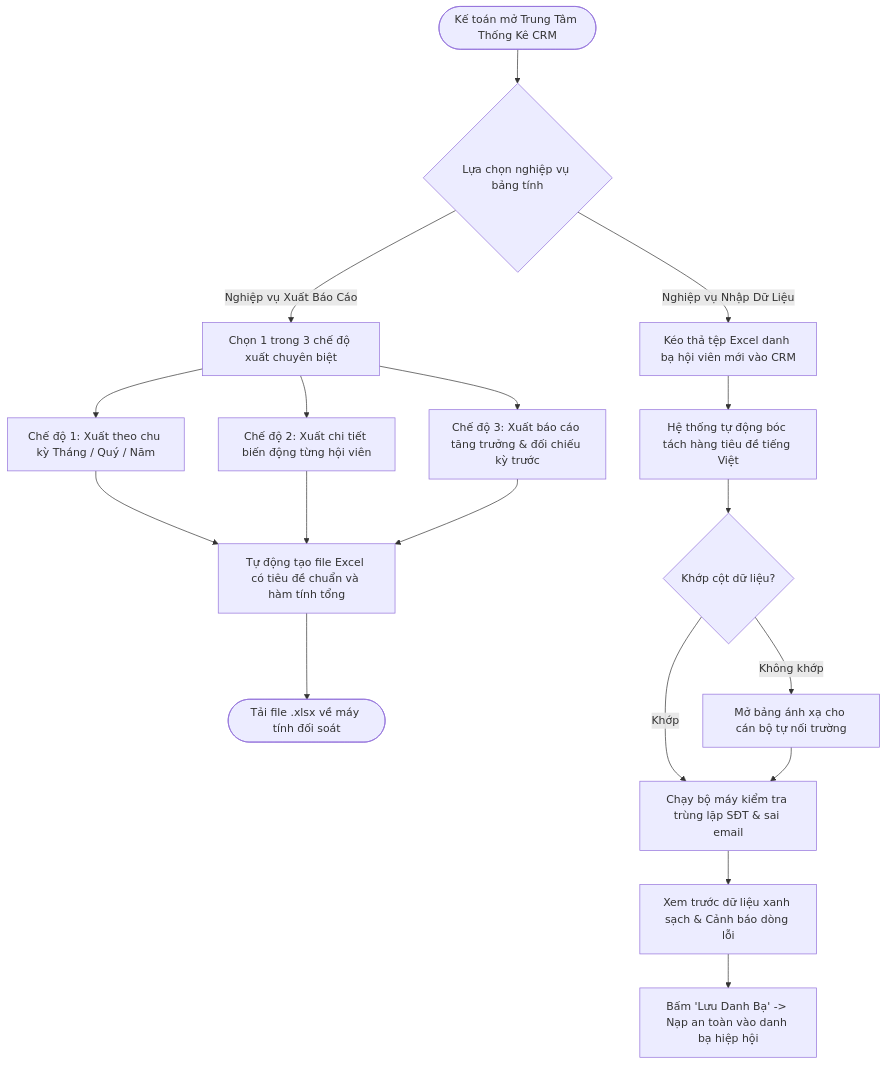
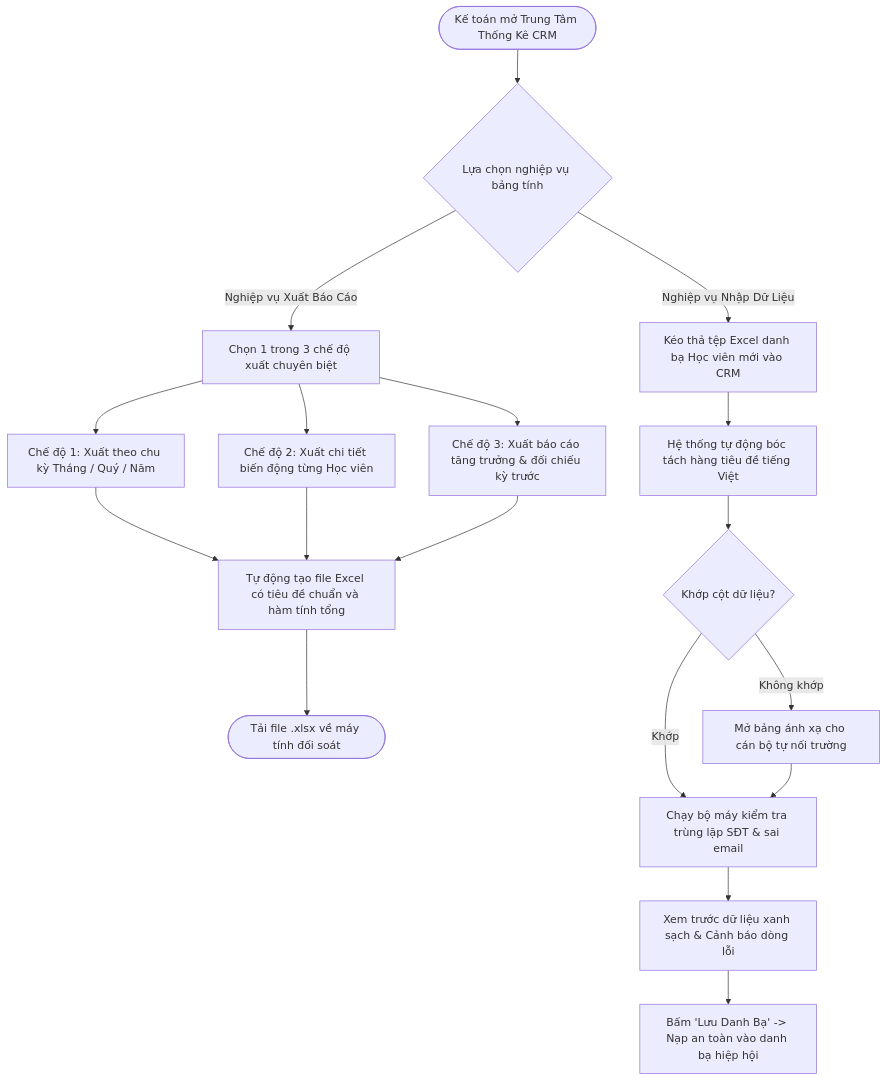
The sixth of 8 diagrams in document/BRD_CEOHN10_MASTER_CHINH_THUC.md (viconnect-product-team/ceoHN10_project), drawn with Mermaid before and after one commit. The commit also changed other lines of this file and 614 other files, not shown here.

````diff
--- a/document/BRD_CEOHN10_MASTER_CHINH_THUC.md
+++ b/document/BRD_CEOHN10_MASTER_CHINH_THUC.md
@@ -243,22 +243,22 @@
 ```mermaid
 flowchart TD
     A([Kế toán mở Trung Tâm Thống Kê CRM]) --> B{Lựa chọn nghiệp vụ bảng tính}
 
     B -->|Nghiệp vụ Xuất Báo Cáo| C1[Chọn 1 trong 3 chế độ xuất chuyên biệt]
     C1 --> D1[Chế độ 1: Xuất theo chu kỳ Tháng / Quý / Năm]
-    C1 --> D2[Chế độ 2: Xuất chi tiết biến động từng hội viên]
+    C1 --> D2[Chế độ 2: Xuất chi tiết biến động từng Học viên]
     C1 --> D3[Chế độ 3: Xuất báo cáo tăng trưởng & đối chiếu kỳ trước]
     D1 --> E1[Tự động tạo file Excel có tiêu đề chuẩn và hàm tính tổng]
     D2 --> E1
     D3 --> E1
     E1 --> F1([Tải file .xlsx về máy tính đối soát])
 
-    B -->|Nghiệp vụ Nhập Dữ Liệu| C2[Kéo thả tệp Excel danh bạ hội viên mới vào CRM]
+    B -->|Nghiệp vụ Nhập Dữ Liệu| C2[Kéo thả tệp Excel danh bạ Học viên mới vào CRM]
     C2 --> D4[Hệ thống tự động bóc tách hàng tiêu đề tiếng Việt]
     D4 --> E2{Khớp cột dữ liệu?}
     E2 -->|Không khớp| F2[Mở bảng ánh xạ cho cán bộ tự nối trường]
     E2 -->|Khớp| G2[Chạy bộ máy kiểm tra trùng lặp SĐT & sai email]
     F2 --> G2
     G2 --> H2[Xem trước dữ liệu xanh sạch & Cảnh báo dòng lỗi]
     H2 --> I2[Bấm 'Lưu Danh Bạ' -> Nạp an toàn vào danh bạ hiệp hội]
 ```
````
